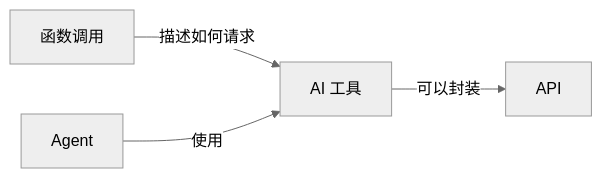
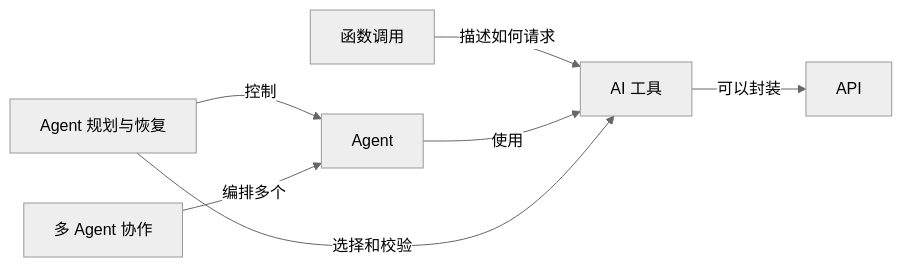
One commit to z-Zihan/LLM-101 changed the fifth of 9 diagrams in 知识网络.md. Above: the diagram before and after it, drawn with Mermaid (neutral theme). The commit also changed other lines of this file and 5 other files, not shown here.

Commit message:
docs: add agent planning and multi-agent guides

````diff
--- a/知识网络.md
+++ b/知识网络.md
@@ -169,10 +171,15 @@
 ```mermaid
 flowchart LR
     n_api["API"]
     n_tool["AI 工具"]
     n_function_calling["函数调用"]
     n_agent["Agent"]
+    n_agent_planning["Agent 规划与恢复"]
+    n_multi_agent["多 Agent 协作"]
     n_tool -->|"可以封装"| n_api
     n_function_calling -->|"描述如何请求"| n_tool
     n_agent -->|"使用"| n_tool
+    n_agent_planning -->|"控制"| n_agent
+    n_agent_planning -->|"选择和校验"| n_tool
+    n_multi_agent -->|"编排多个"| n_agent
 ```
````
